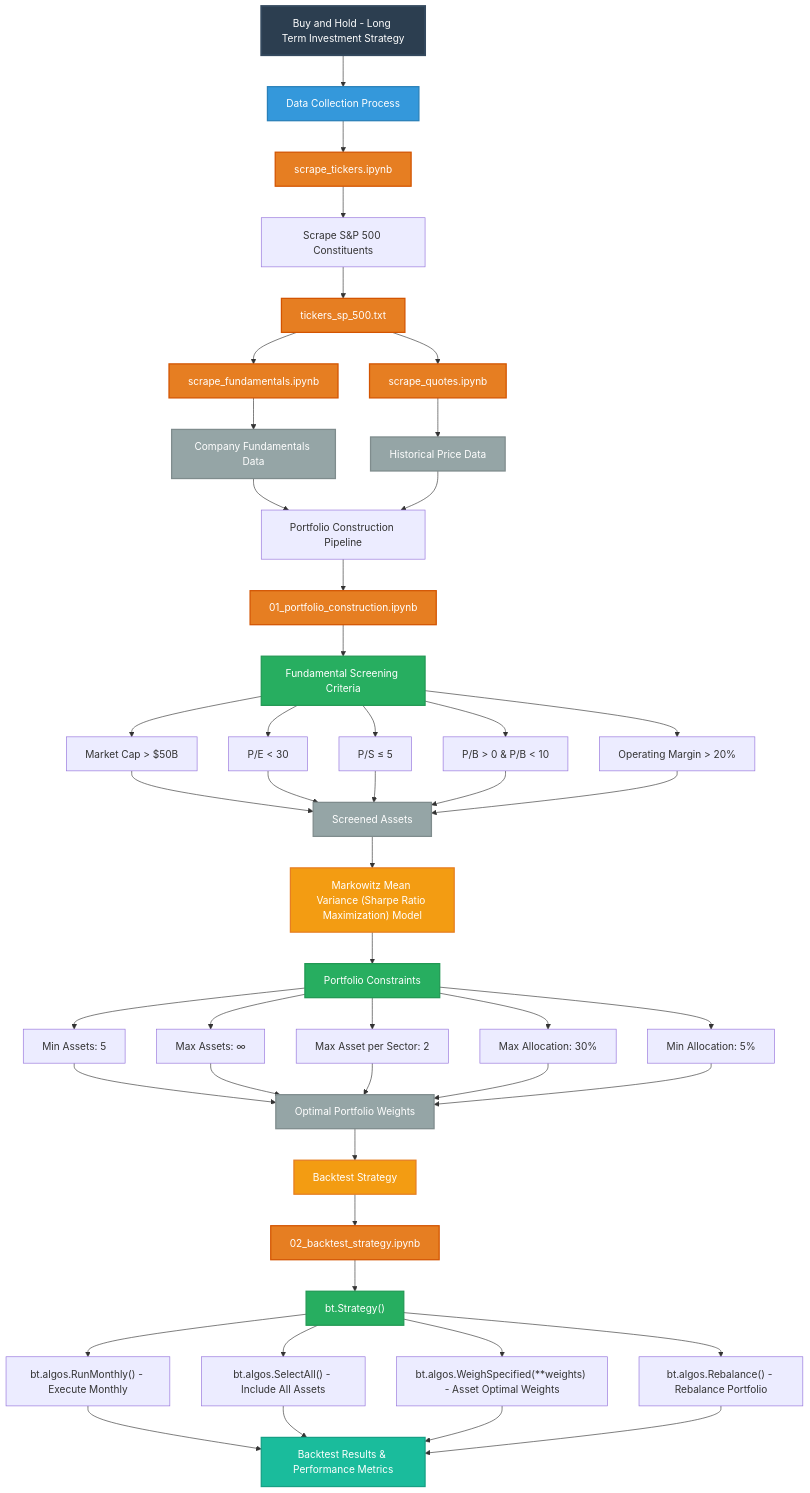
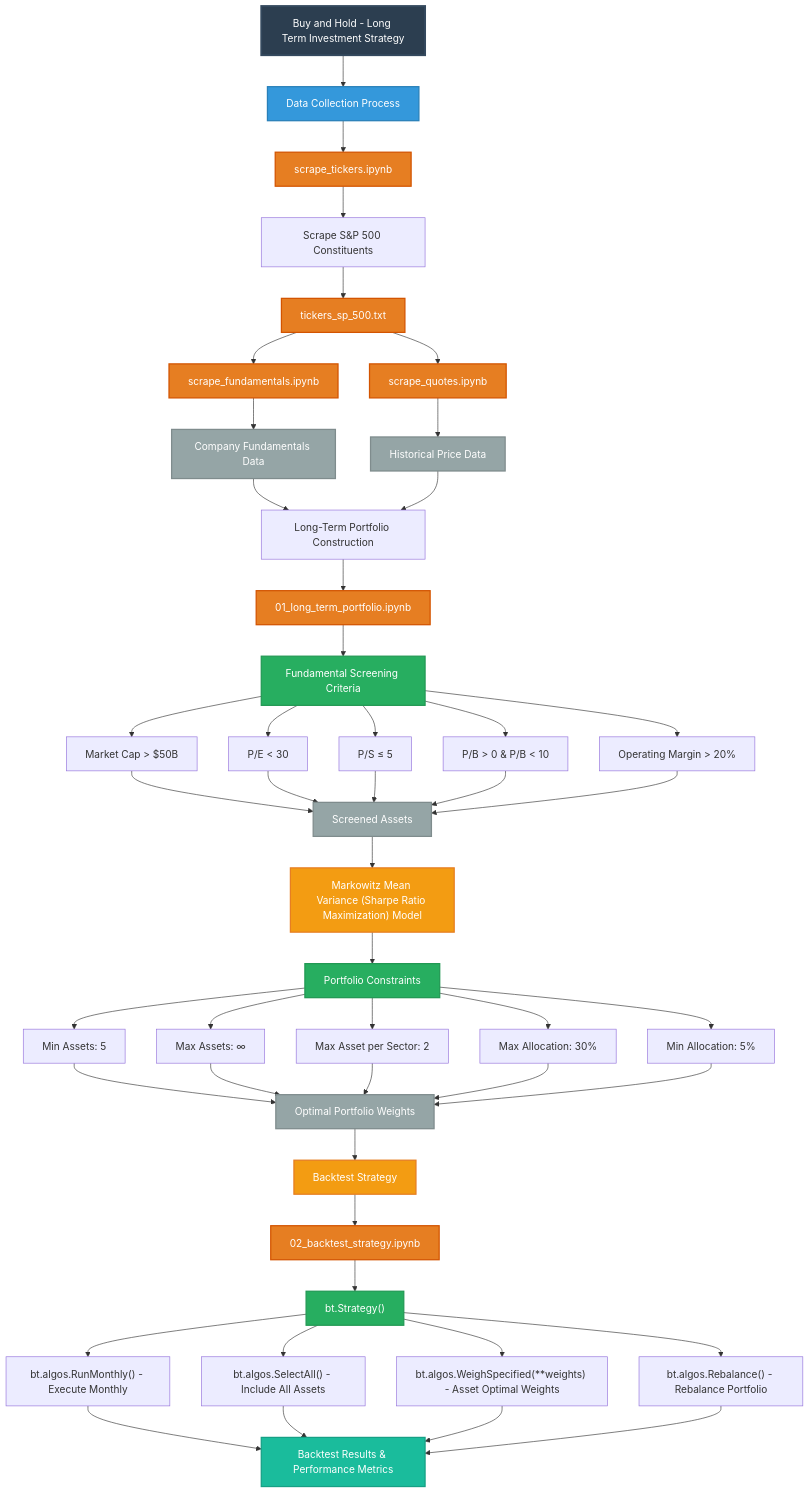
The diagram in README.md (renan-peres/mfin-algo-trading-team), drawn with Mermaid before and after one commit.

Commit message:
`README.md` Update

```diff
--- a/README.md
+++ b/README.md
@@ -20,9 +20,9 @@
     D1 --> D1_OUT[Historical Price Data]
     
     %% Portfolio Construction Phase
-    C1_OUT --> F[Portfolio Construction Pipeline]
+    C1_OUT --> F[Long-Term Portfolio Construction]
     D1_OUT --> F
-    F --> G[01_portfolio_construction.ipynb]
+    F --> G[01_long_term_portfolio.ipynb]
     
     %% Screening Criteria
     G --> C2[Fundamental Screening Criteria]
```
